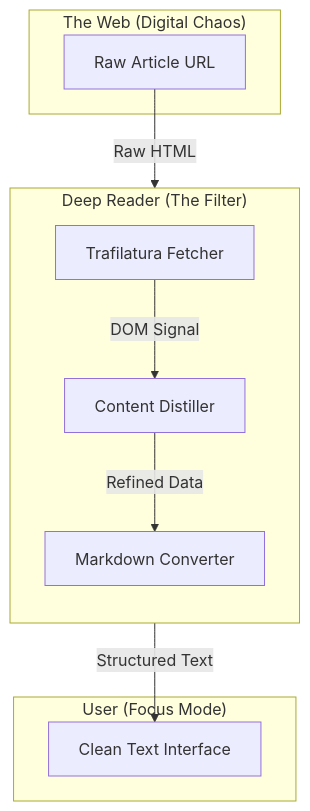
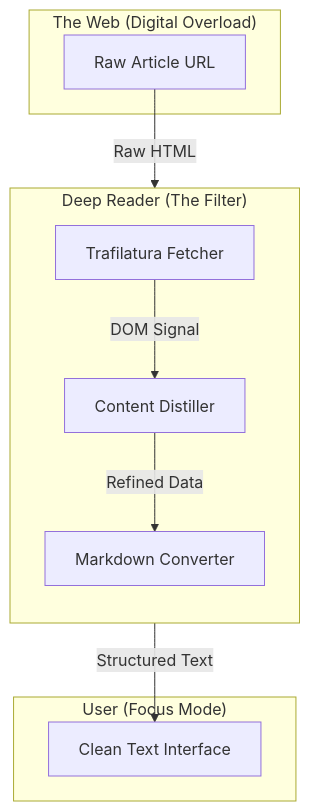
Before and after one commit to GeorgeFreedomTech/Deep-Reader: the diagram in README.md, drawn with Mermaid. The commit also changed other lines of this file, not shown here.

````diff
--- a/README.md
+++ b/README.md
@@ -49,23 +49,23 @@
 ```mermaid
 graph TB;
-    subgraph "The Web (Digital Chaos)"
+    subgraph "The Web (Digital Overload)"
         URL[Raw Article URL]
     end
 
     subgraph "Deep Reader (The Filter)"
         direction TD
         Fetch[Trafilatura Fetcher]
         Clean[Content Distiller]
         MD[Markdown Converter]
     end
 
     subgraph "User (Focus Mode)"
         Display[Clean Text Interface]
     end
 
     %% Flow
     URL -- Raw HTML --> Fetch;
     Fetch -- DOM Signal --> Clean;
     Clean -- Refined Data --> MD;
     MD -- Structured Text --> Display;
 ```
````
